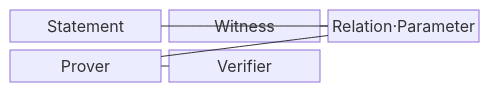
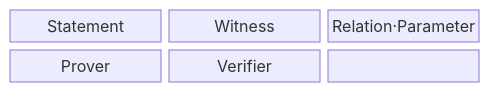
The first of 2 diagrams in src/content/docs/notes/08-latest-tech/222_zero_knowledge_proof.md (agnusdei1207/knowledge-base), drawn with Mermaid before and after one commit. The commit also changed other lines of this file and 228 other files, not shown here.

````diff
--- a/src/content/docs/notes/08-latest-tech/222_zero_knowledge_proof.md
+++ b/src/content/docs/notes/08-latest-tech/222_zero_knowledge_proof.md
@@ -53,13 +52,11 @@
 ```mermaid
 block-beta
   columns 3
-  A["Statement"]
-  B["Witness"]
-  C["Relation·Parameter"]
-  D["Prover"]
-  E["Verifier"]
-  A --- C
-  B --- C
-  C --- D
-  D --- E
+  N0["Statement"]
+  N1["Witness"]
+  N2["Relation·Parameter"]
+  N3["Prover"]
+  N4["Verifier"]
+  N0 --- N1 --- N2
+  N2 --- N3 --- N4
 ```
````
